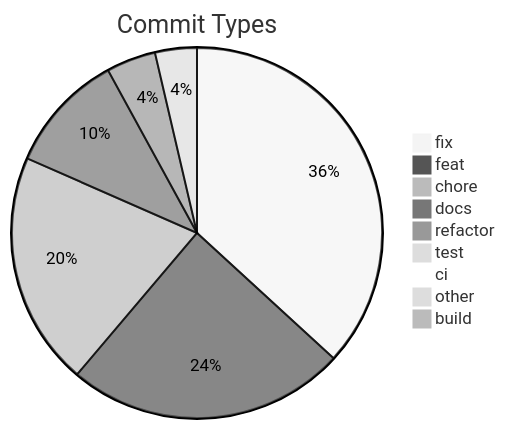
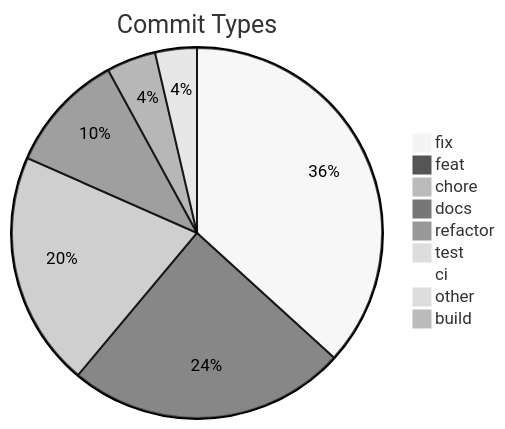
The diagram in .shipwright/compliance/change-history.md (svenroth-ai/shipwright-webui), drawn with Mermaid (neutral theme) before and after one commit. The commit also changed other lines of this file and 14 other files, not shown here.

````diff
--- a/.shipwright/compliance/change-history.md
+++ b/.shipwright/compliance/change-history.md
@@ -8,12 +8,12 @@
 ```mermaid
 pie title Commit Types
     "fix" : 222
     "feat" : 147
-    "chore" : 123
+    "chore" : 124
     "docs" : 63
     "refactor" : 26
     "test" : 22
     "ci" : 5
     "other" : 4
     "build" : 1
 ```
````
